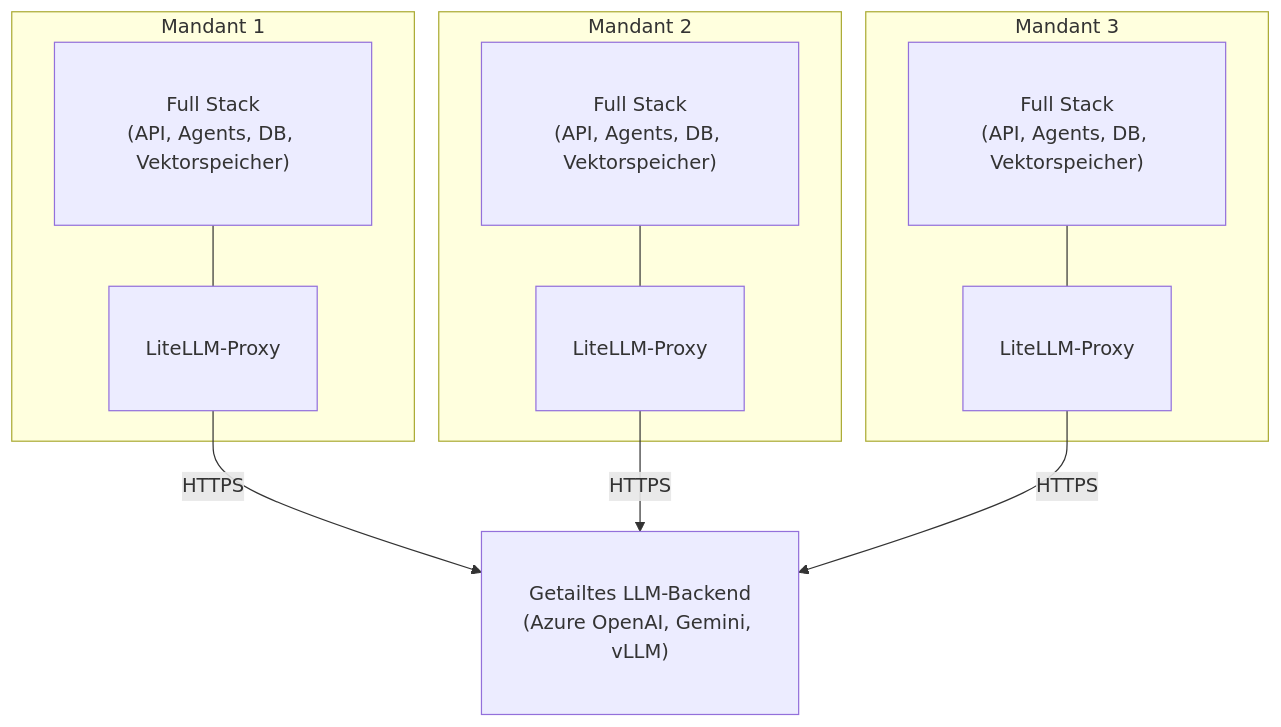
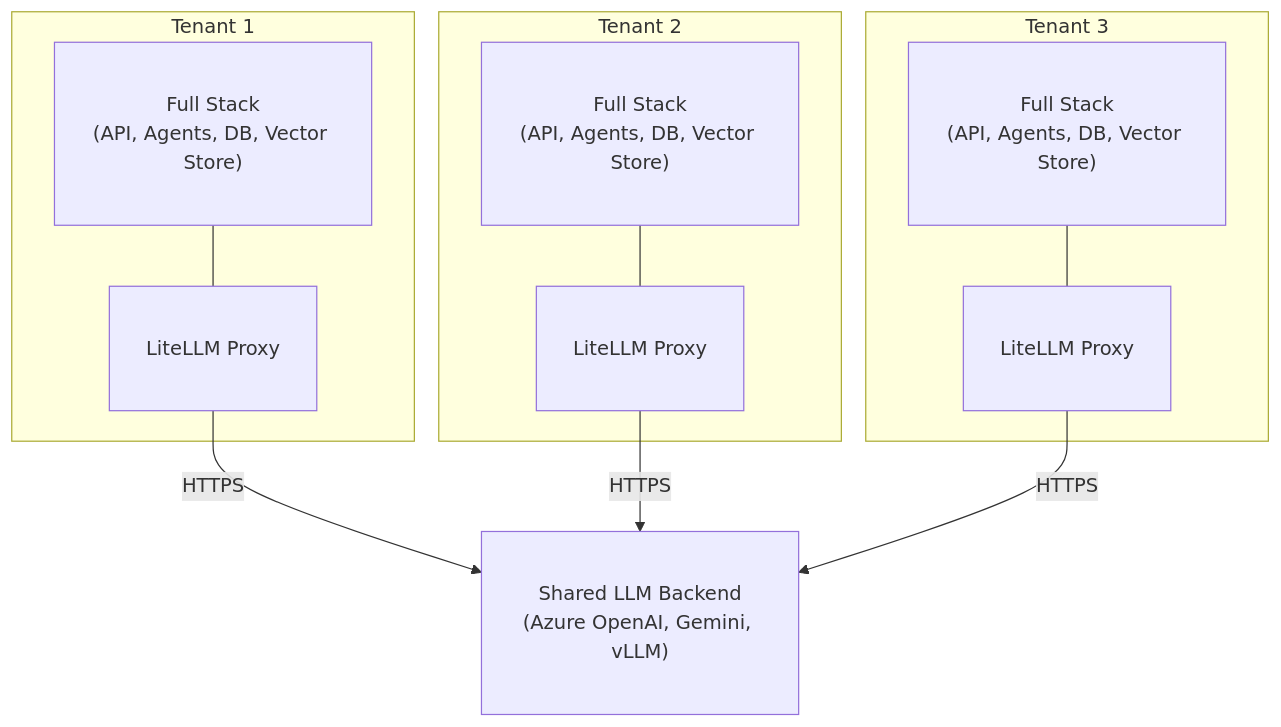
Before and after one commit to bbvch-ai/aihub-core: the second of 2 diagrams in aihub_doc/docs/2_platform/3_deployment_guide/1_deployment_options/index.de.md, drawn with Mermaid. The commit also changed other lines of this file and 65 other files, not shown here.

````diff
--- a/aihub_doc/docs/2_platform/3_deployment_guide/1_deployment_options/index.de.md
+++ b/aihub_doc/docs/2_platform/3_deployment_guide/1_deployment_options/index.de.md
@@ -220,28 +220,28 @@
 ```mermaid
 graph TB
-    Backend["Getailtes LLM-Backend<br/>(Azure OpenAI, Gemini, vLLM)"]
+    Backend["Shared LLM Backend<br/>(Azure OpenAI, Gemini, vLLM)"]
 
-    subgraph Mandant1["Mandant 1"]
-        T1Stack["Full Stack<br/>(API, Agents, DB, Vektorspeicher)"]
-        T1Proxy["LiteLLM-Proxy"]
+    subgraph Tenant1["Tenant 1"]
+        T1Stack["Full Stack<br/>(API, Agents, DB, Vector Store)"]
+        T1Proxy["LiteLLM Proxy"]
         T1Stack --- T1Proxy
     end
 
-    subgraph Mandant2["Mandant 2"]
-        T2Stack["Full Stack<br/>(API, Agents, DB, Vektorspeicher)"]
-        T2Proxy["LiteLLM-Proxy"]
+    subgraph Tenant2["Tenant 2"]
+        T2Stack["Full Stack<br/>(API, Agents, DB, Vector Store)"]
+        T2Proxy["LiteLLM Proxy"]
         T2Stack --- T2Proxy
     end
 
-    subgraph Mandant3["Mandant 3"]
-        T3Stack["Full Stack<br/>(API, Agents, DB, Vektorspeicher)"]
-        T3Proxy["LiteLLM-Proxy"]
+    subgraph Tenant3["Tenant 3"]
+        T3Stack["Full Stack<br/>(API, Agents, DB, Vector Store)"]
+        T3Proxy["LiteLLM Proxy"]
         T3Stack --- T3Proxy
     end
 
     T1Proxy -->|HTTPS| Backend
     T2Proxy -->|HTTPS| Backend
     T3Proxy -->|HTTPS| Backend
 
     classDef default font-size:16px,padding:20px
 ```
````
